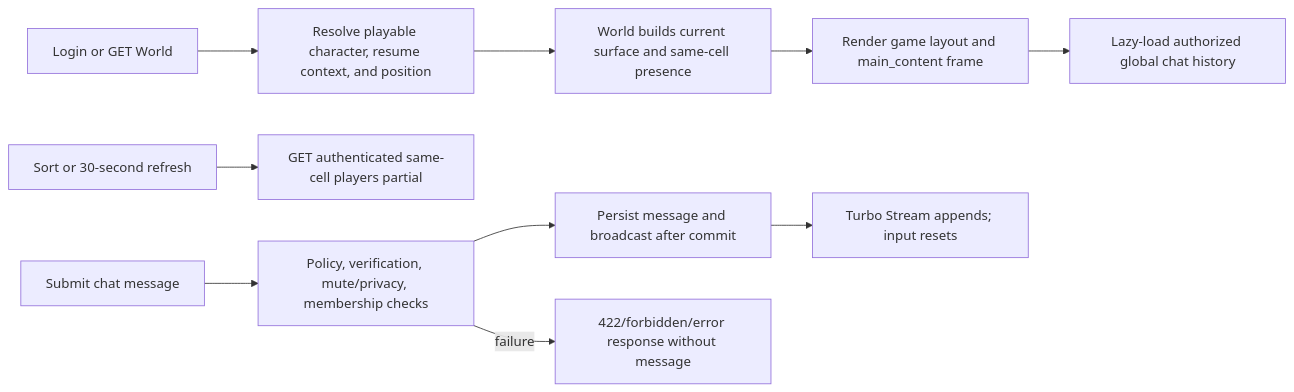
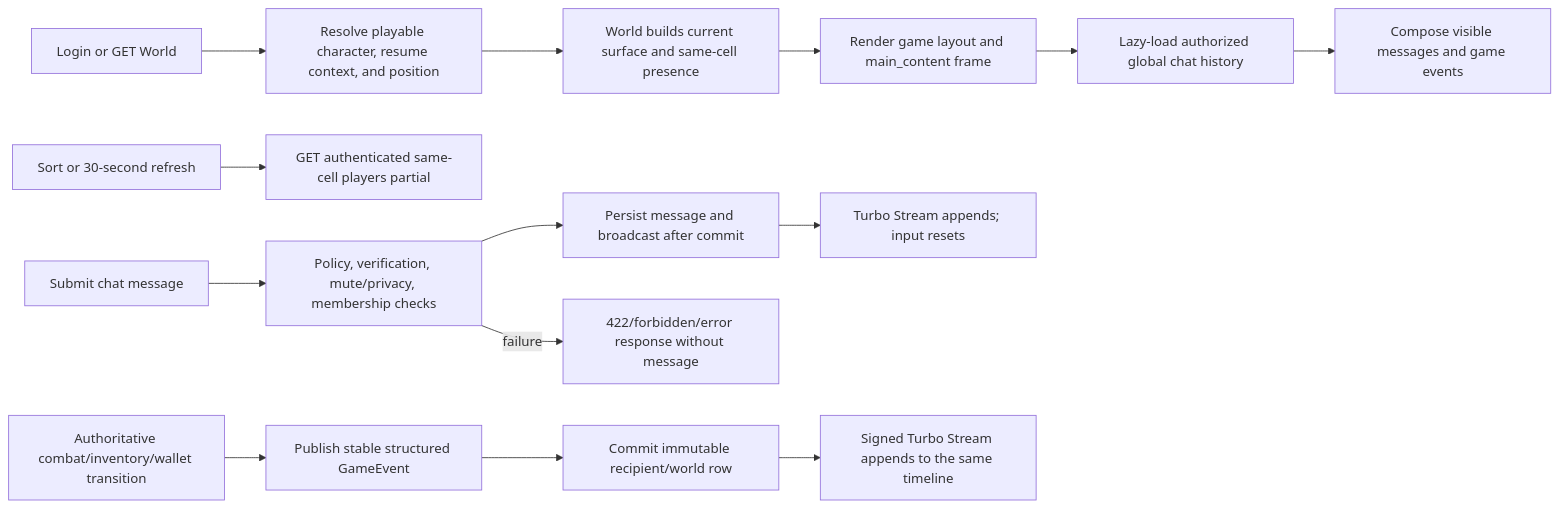
Before and after one commit to lukin-io/mmorpg: the diagram in doc/features/game_shell.md, drawn with Mermaid. The commit also changed other lines of this file and 125 other files, not shown here.

````diff
--- a/doc/features/game_shell.md
+++ b/doc/features/game_shell.md
@@ -225,12 +325,16 @@
 ```mermaid
 flowchart LR
     A["Login or GET World"] --> B["Resolve playable character, resume context, and position"]
     B --> C["World builds current surface and same-cell presence"]
     C --> D["Render game layout and main_content frame"]
     D --> E["Lazy-load authorized global chat history"]
+    E --> M["Compose visible messages and game events"]
     F["Sort or 30-second refresh"] --> G["GET authenticated same-cell players partial"]
     H["Submit chat message"] --> I["Policy, verification, mute/privacy, membership checks"]
     I --> J["Persist message and broadcast after commit"]
     J --> K["Turbo Stream appends; input resets"]
     I -->|failure| L["422/forbidden/error response without message"]
+    N["Authoritative combat/inventory/wallet transition"] --> O["Publish stable structured GameEvent"]
+    O --> P["Commit immutable recipient/world row"]
+    P --> Q["Signed Turbo Stream appends to the same timeline"]
 ```
````
